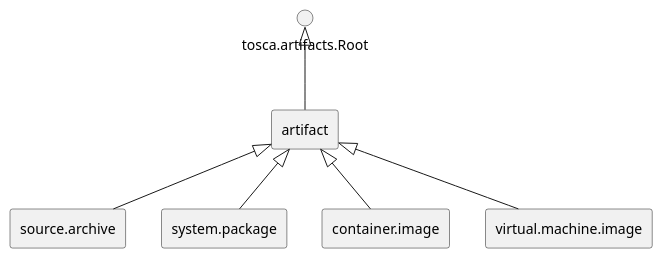
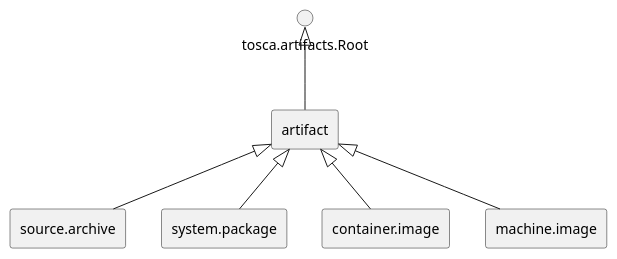
Before and after one commit to OpenTOSCA/opentosca-vintner: the diagram in docs/docs/normative/tosca-vintner-profile-core.artifact-types.puml, drawn with PlantUML. The commit also changed 44 other files, not shown here.

```diff
--- a/docs/docs/normative/tosca-vintner-profile-core.artifact-types.puml
+++ b/docs/docs/normative/tosca-vintner-profile-core.artifact-types.puml
@@ -1,26 +1,26 @@
 @startuml
 skinparam componentStyle rectangle
 
 
 rectangle "artifact"
 
 rectangle "source.archive"
 
 rectangle "system.package"
 
 rectangle "container.image"
 
-rectangle "virtual.machine.image"
+rectangle "machine.image"
 
 
 "tosca.artifacts.Root" <|-- "artifact"
 
 "artifact" <|-- "source.archive"
 
 "artifact" <|-- "system.package"
 
 "artifact" <|-- "container.image"
 
-"artifact" <|-- "virtual.machine.image"
+"artifact" <|-- "machine.image"
 
 @enduml
```
